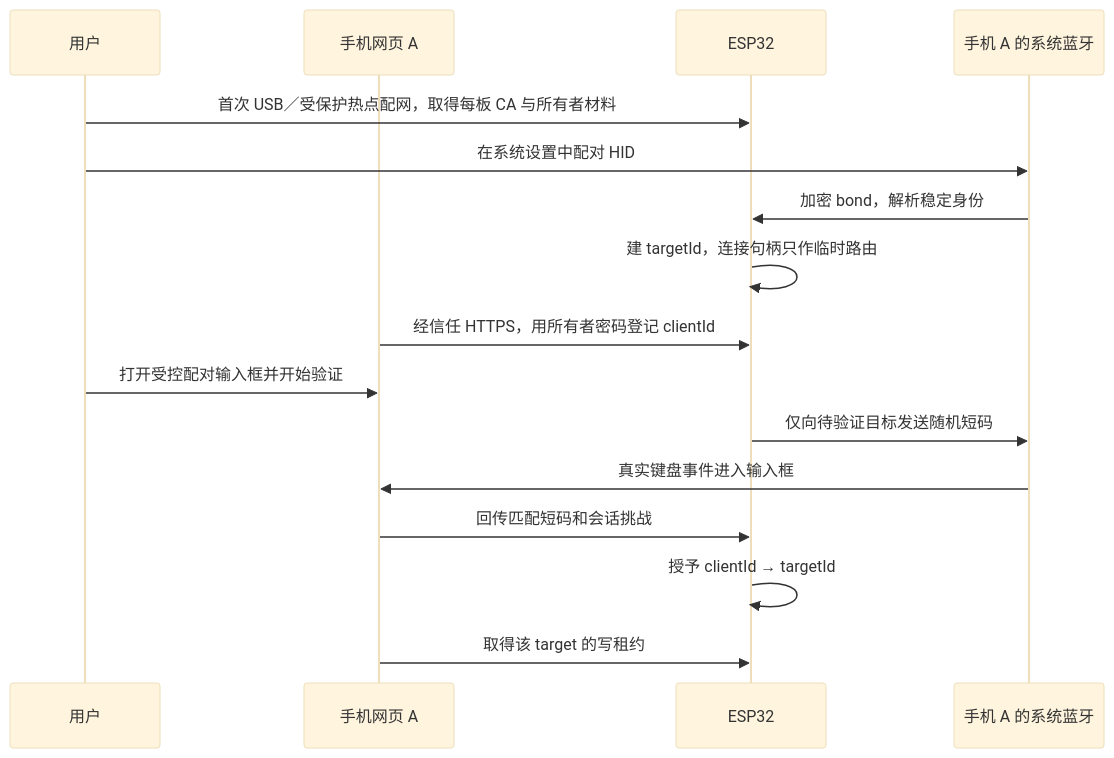
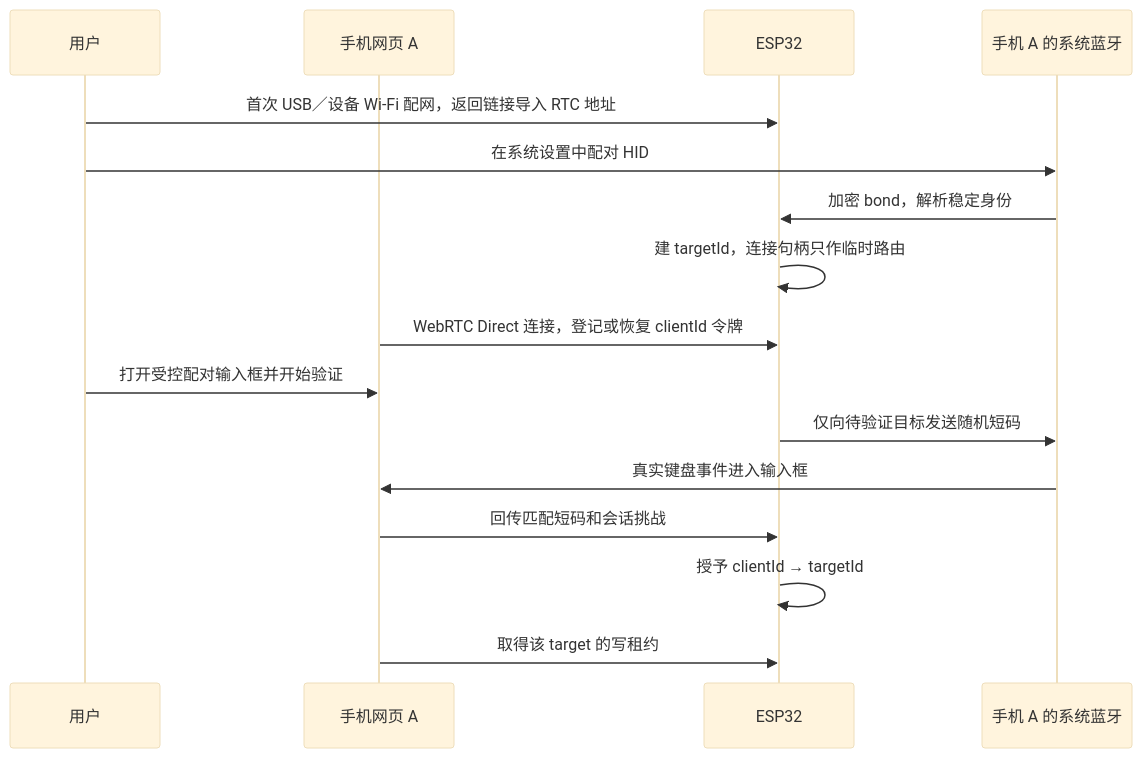
Before and after one commit to cccat6/iphone-agent-harness: the second of 4 diagrams in docs/architecture/system-blueprint.md, drawn with Mermaid (base theme). The commit also changed other lines of this file and 232 other files, not shown here.

Commit message:
Integrate local WebRTC control and streamed clipboard with paged sessions

````diff
--- a/docs/architecture/system-blueprint.md
+++ b/docs/architecture/system-blueprint.md
@@ -63,18 +63,18 @@
 ```mermaid
 sequenceDiagram
   participant U as 用户
   participant W as 手机网页 A
   participant E as ESP32
   participant P as 手机 A 的系统蓝牙
-  U->>E: 首次 USB／受保护热点配网，取得每板 CA 与所有者材料
+  U->>E: 首次 USB／设备 Wi-Fi 配网，返回链接导入 RTC 地址
   U->>P: 在系统设置中配对 HID
   P->>E: 加密 bond，解析稳定身份
   E->>E: 建 targetId，连接句柄只作临时路由
-  W->>E: 经信任 HTTPS，用所有者密码登记 clientId
+  W->>E: WebRTC Direct 连接，登记或恢复 clientId 令牌
   U->>W: 打开受控配对输入框并开始验证
   E->>P: 仅向待验证目标发送随机短码
   P->>W: 真实键盘事件进入输入框
   W->>E: 回传匹配短码和会话挑战
   E->>E: 授予 clientId → targetId
   W->>E: 取得该 target 的写租约
 ```
````
